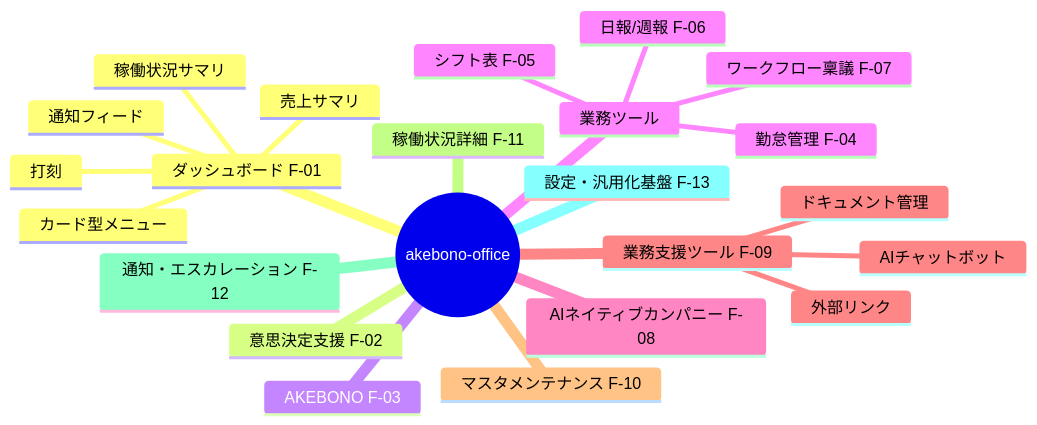
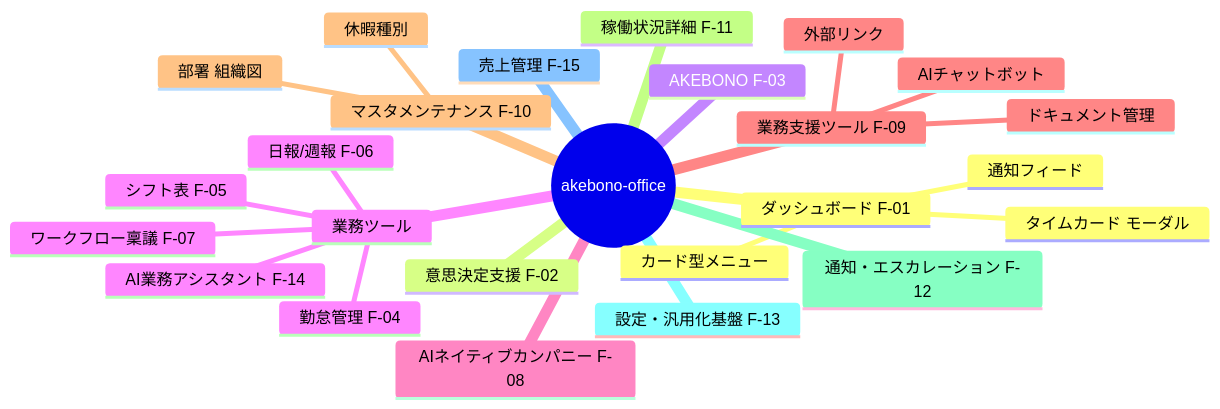
One commit to TSUNAGUBA/akebono-office changed the diagram in .ai-native/outputs/phase3/functional-requirements.md. Above: the diagram before and after it, drawn with Mermaid. The commit also changed other lines of this file and 5 other files, not shown here.

````diff
--- a/.ai-native/outputs/phase3/functional-requirements.md
+++ b/.ai-native/outputs/phase3/functional-requirements.md
@@ -10,26 +10,28 @@
 ```mermaid
 mindmap
   root((akebono-office))
     ダッシュボード F-01
-      売上サマリ
-      稼働状況サマリ
-      打刻
       カード型メニュー
       通知フィード
+      タイムカード モーダル
     意思決定支援 F-02
     AKEBONO F-03
     業務ツール
       勤怠管理 F-04
       シフト表 F-05
       日報/週報 F-06
       ワークフロー稟議 F-07
+      AI業務アシスタント F-14
     AIネイティブカンパニー F-08
     業務支援ツール F-09
       AIチャットボット
       ドキュメント管理
       外部リンク
     マスタメンテナンス F-10
+      部署 組織図
+      休暇種別
     稼働状況詳細 F-11
     通知・エスカレーション F-12
     設定・汎用化基盤 F-13
+    売上管理 F-15
 ```
````
